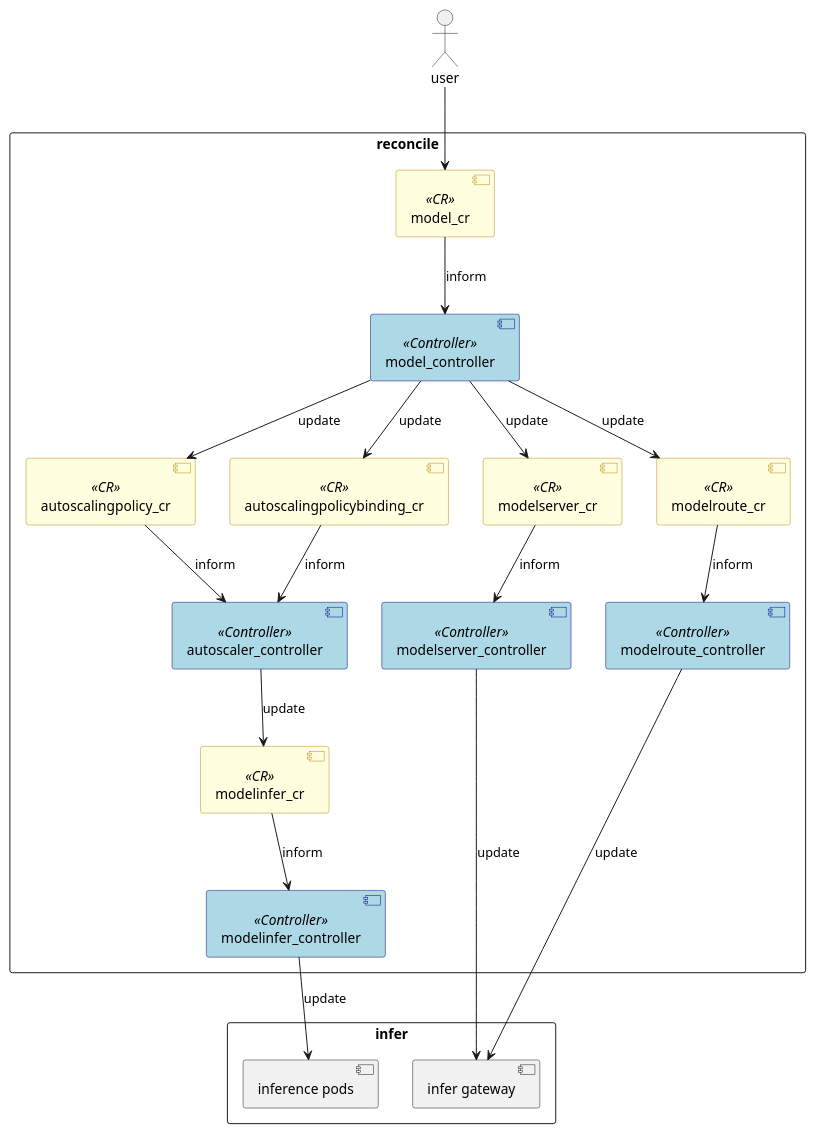
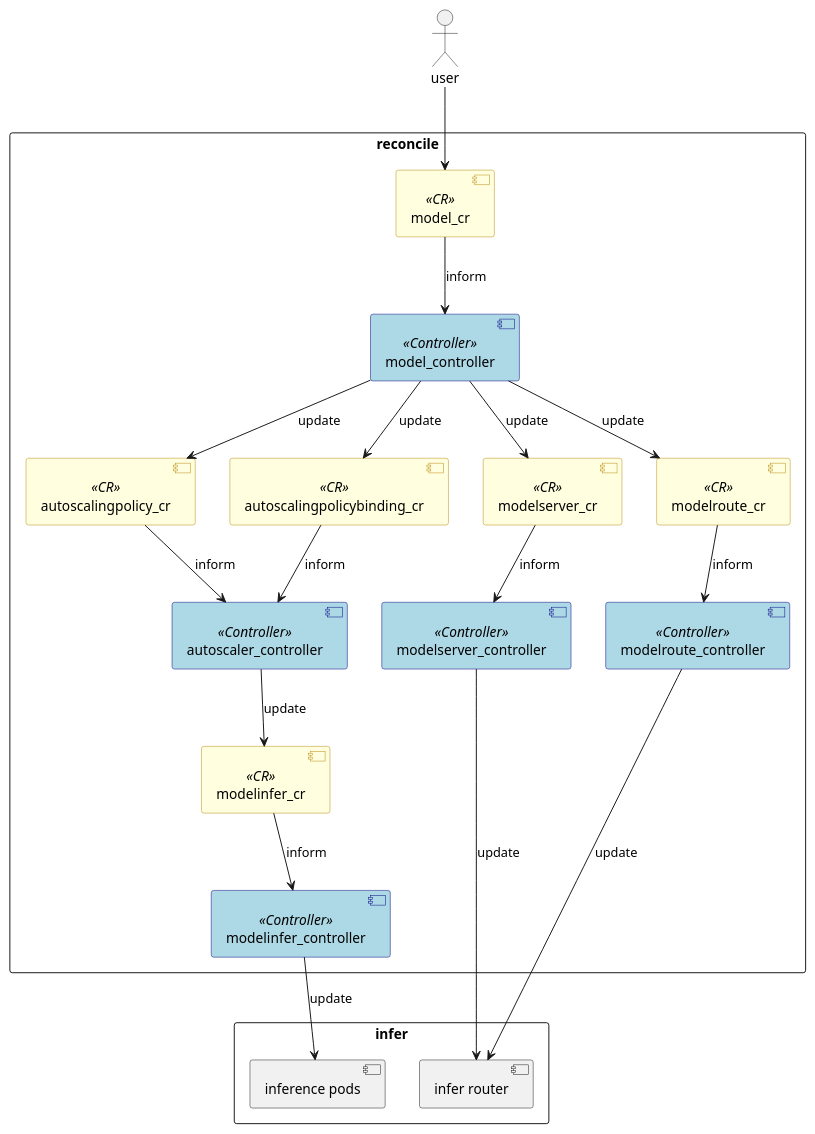
The first of 2 diagrams in docs/kthena/static/img/diagrams/architecture/architecture_overview_draft.md (matrixinfer-ai/kthena), drawn with PlantUML before and after one commit. The commit also changed other lines of this file and 202 other files, not shown here.

Commit message:
rename infer gateway to infer router

````diff
--- a/docs/kthena/static/img/diagrams/architecture/architecture_overview_draft.md
+++ b/docs/kthena/static/img/diagrams/architecture/architecture_overview_draft.md
@@ -4,54 +4,54 @@
 ```plantuml
 ' Styling rules
 skinparam component {
   BackgroundColor<<CR>> LightYellow
   BorderColor<<CR>> DarkGoldenRod
   BackgroundColor<<Controller>> LightBlue
   BorderColor<<Controller>> Navy
 }
 
 actor user
 
 rectangle "reconcile" {
 	' Style for CRs
 	component "model_cr" <<CR>>
 	component "autoscalingpolicy_cr" <<CR>>
 	component "autoscalingpolicybinding_cr" <<CR>>
 	component "modelinfer_cr" <<CR>>
 	component "modelserver_cr" <<CR>>
 	component "modelroute_cr" <<CR>>
 	
 	' Style for Controllers
 	component "model_controller" <<Controller>>
 	component "autoscaler_controller" <<Controller>>
 	component "modelinfer_controller" <<Controller>>
 	component "modelserver_controller" <<Controller>>
 	component "modelroute_controller" <<Controller>>
 }
 
 rectangle "infer" {
-	component "infer gateway" as infer_gateway
+	component "infer router" as infer_router
 	component "inference pods" as pods
 }
 
 
 ' Relationships
 
 user --> model_cr
 
 model_cr --> model_controller : inform
 autoscalingpolicy_cr --> autoscaler_controller : inform
 autoscalingpolicybinding_cr --> autoscaler_controller : inform
 model_controller --> autoscalingpolicy_cr : update
 model_controller --> autoscalingpolicybinding_cr : update
 model_controller --> modelserver_cr : update
 model_controller --> modelroute_cr : update
 autoscaler_controller --> modelinfer_cr : update
 modelinfer_cr --> modelinfer_controller : inform
 modelserver_cr --> modelserver_controller : inform
 modelroute_cr --> modelroute_controller : inform
 
-modelserver_controller --> infer_gateway : update
-modelroute_controller --> infer_gateway : update
+modelserver_controller --> infer_router : update
+modelroute_controller --> infer_router : update
 modelinfer_controller --> pods : update
 ```
````
